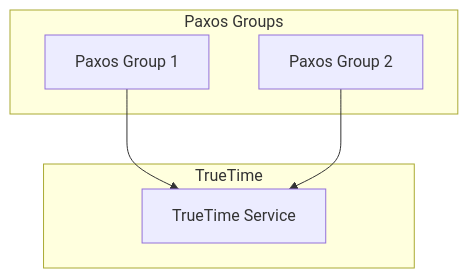
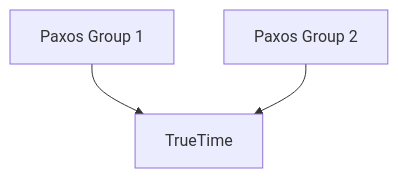
One commit to deepaucksharma/DStudio changed diagram 28 of 30 in docs/case-studies/key-value-store.md. Above: the diagram before and after it, drawn with Mermaid. The commit also changed other lines of this file and 13 other files, not shown here.

````diff
--- a/docs/case-studies/key-value-store.md
+++ b/docs/case-studies/key-value-store.md
@@ -1364,13 +1302,5 @@
 ```mermaid
 graph TB
-    subgraph "Paxos Groups"
-        PG1[Paxos Group 1]
-        PG2[Paxos Group 2]
-    end
-    
-    subgraph "TrueTime"
-        TT[TrueTime Service]
-    end
-    
-    PG1 & PG2 --> TT
+    PG1[Paxos Group 1] --> TT[TrueTime]
+    PG2[Paxos Group 2] --> TT
 ```
````
